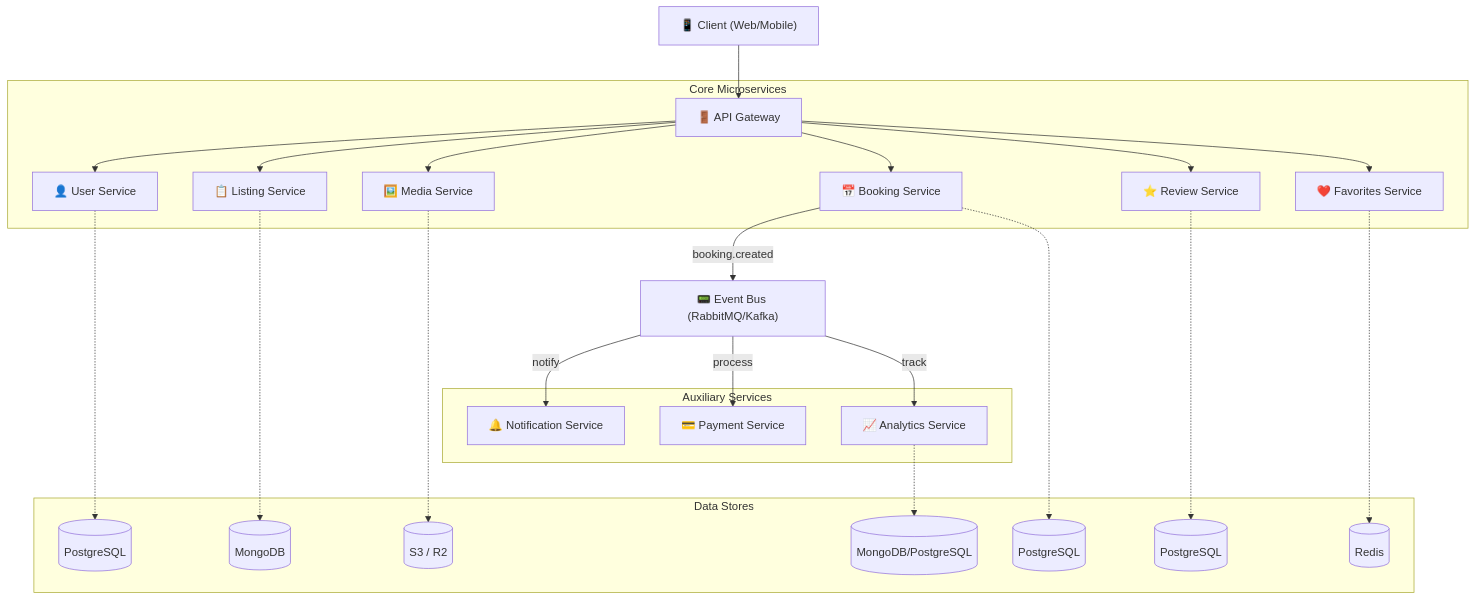
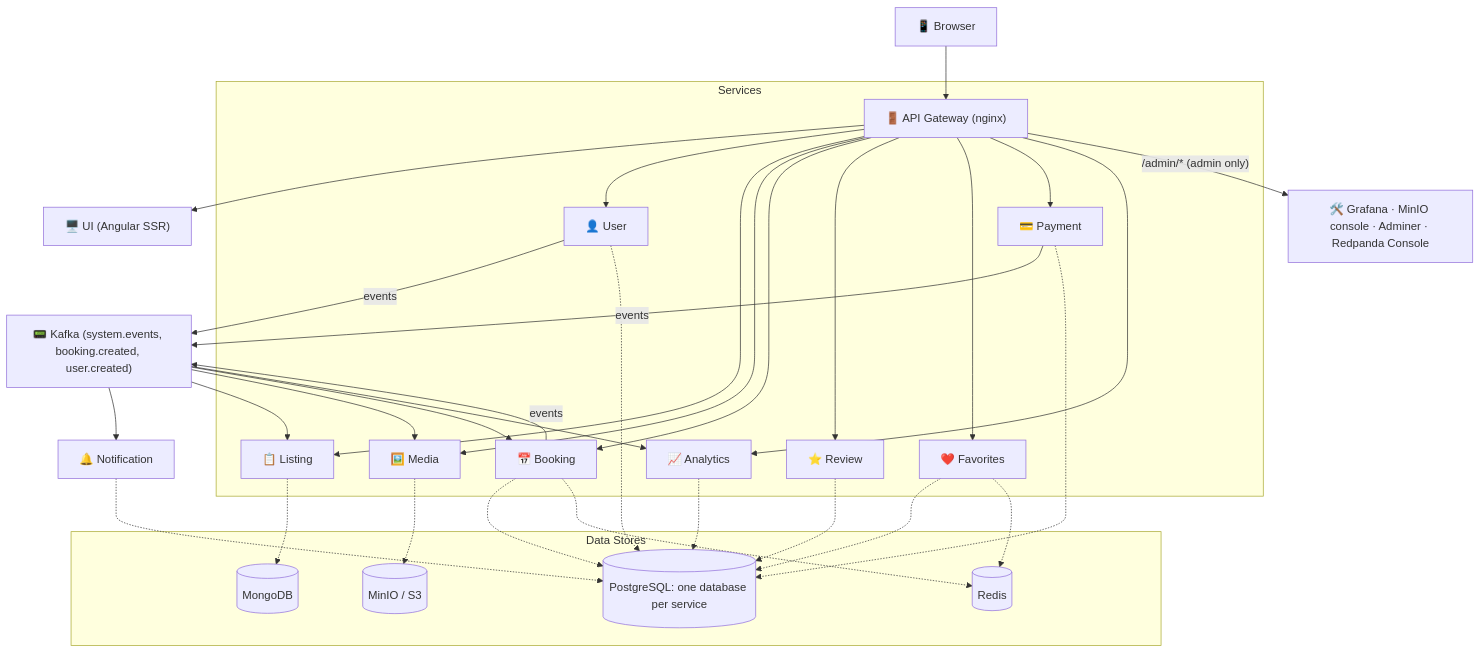
The diagram in README.md (Juhasen/RaaS), drawn with Mermaid before and after one commit. The commit also changed other lines of this file and 2 other files, not shown here.

Commit message:
docs: README for the current architecture, one-command quick start (#55)

````diff
--- a/README.md
+++ b/README.md
@@ -17,42 +17,35 @@
 ```mermaid
 graph TD
-    Client["📱 Client (Web/Mobile)"] --> Gateway["🚪 API Gateway"]
+    Client["📱 Browser"] --> Gateway["🚪 API Gateway (nginx)"]
+    Gateway --> UI["🖥️ UI (Angular SSR)"]
 
-    subgraph "Core Microservices"
-        Gateway --> US["👤 User Service"]
-        Gateway --> LS["📋 Listing Service"]
-        Gateway --> MS["🖼️ Media Service"]
-        Gateway --> BS["📅 Booking Service"]
-        Gateway --> RS["⭐ Review Service"]
-        Gateway --> FS["❤️ Favorites Service"]
+    subgraph "Services"
+        Gateway --> US["👤 User"]
+        Gateway --> LS["📋 Listing"]
+        Gateway --> MS["🖼️ Media"]
+        Gateway --> BS["📅 Booking"]
+        Gateway --> RS["⭐ Review"]
+        Gateway --> FS["❤️ Favorites"]
+        Gateway --> PS["💳 Payment"]
+        Gateway --> AS["📈 Analytics"]
     end
 
-    subgraph "Auxiliary Services"
-        PS["💳 Payment Service"]
-        NS["🔔 Notification Service"]
-        AS["📈 Analytics Service"]
+    NS["🔔 Notification"]
+
+    BS & PS & US -- "events" --> EB["📟 Kafka (system.events, booking.created, user.created)"]
+    EB --> LS & MS & BS & AS & NS
+
+    subgraph "Data Stores"
+        PG[(PostgreSQL: one database per service)]
+        MG[(MongoDB)]
+        RD[(Redis)]
+        S3[(MinIO / S3)]
     end
 
-    BS -- "booking.created" --> EB["📟 Event Bus (RabbitMQ/Kafka)"]
-    EB -- "notify" --> NS
-    EB -- "process" --> PS
-    EB -- "track" --> AS
+    US & RS & PS & FS & NS & AS & BS -.-> PG
+    LS -.-> MG
+    BS & FS -.-> RD
+    MS -.-> S3
 
-    subgraph "Data Stores"
-        US_DB[(PostgreSQL)]
-        LS_DB[(MongoDB)]
-        MS_DB[(S3 / R2)]
-        BS_DB[(PostgreSQL)]
-        RS_DB[(PostgreSQL)]
-        FS_DB[(Redis)]
-        AS_DB[(MongoDB/PostgreSQL)]
-    end
-
-    US -.-> US_DB
-    LS -.-> LS_DB
-    MS -.-> MS_DB
-    BS -.-> BS_DB
-    RS -.-> RS_DB
-    FS -.-> FS_DB
-    AS -.-> AS_DB
+    Gateway -- "/admin/* (admin only)" --> Tools["🛠️ Grafana · MinIO console · Adminer · Redpanda Console"]
 ```
````
